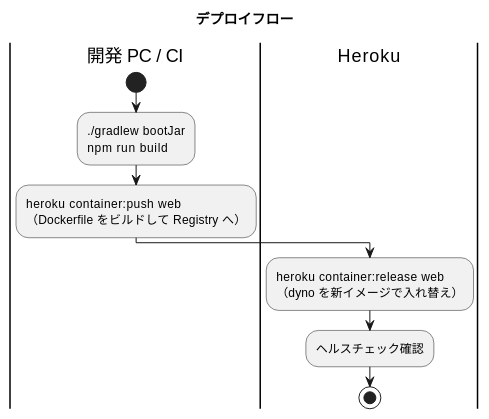
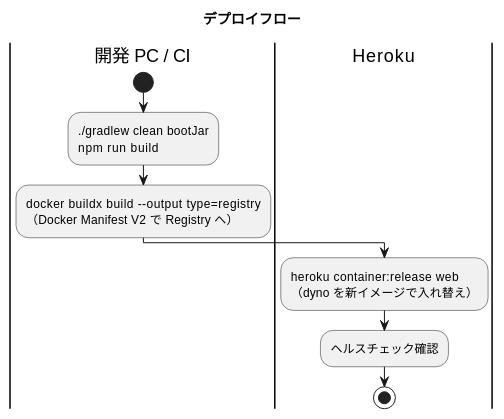
One commit to k2works/case-study-cargo-tracker changed the second of 2 diagrams in docs/operation/開発環境セットアップ手順書.md. Above: the diagram before and after it, drawn with PlantUML. The commit also changed other lines of this file and 1 other file, not shown here.

First line of the commit message:
fix(deploy): Heroku へのプッシュとサービス URL を実測に合わせて修正

````diff
--- a/docs/operation/開発環境セットアップ手順書.md
+++ b/docs/operation/開発環境セットアップ手順書.md
@@ -89,16 +89,16 @@
 ```plantuml
 @startuml
 
 title デプロイフロー
 
 |開発 PC / CI|
 start
-:./gradlew bootJar\nnpm run build;
-:heroku container:push web\n（Dockerfile をビルドして Registry へ）;
+:./gradlew clean bootJar\nnpm run build;
+:docker buildx build --output type=registry\n（Docker Manifest V2 で Registry へ）;
 |Heroku|
 :heroku container:release web\n（dyno を新イメージで入れ替え）;
 :ヘルスチェック確認;
 stop
 
 @enduml
 ```
````
